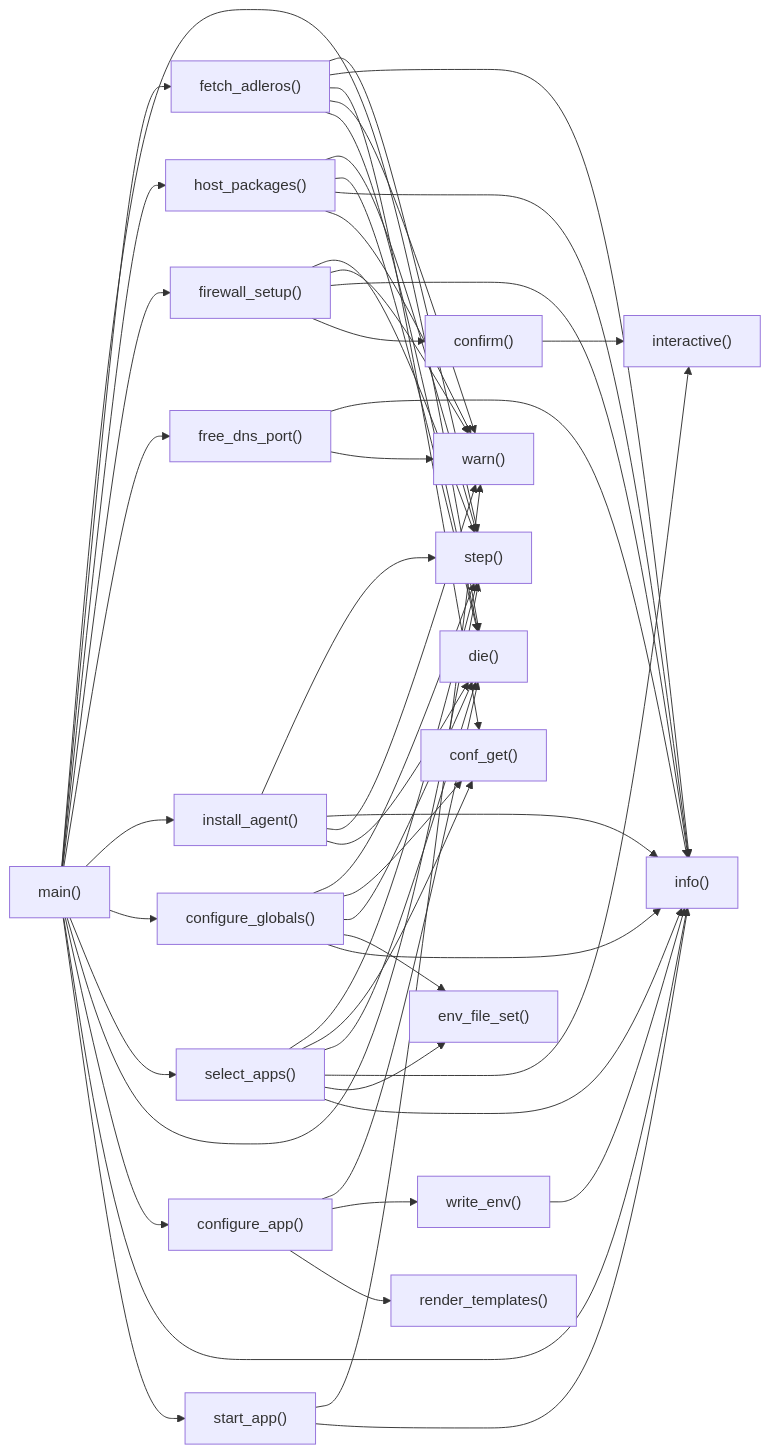
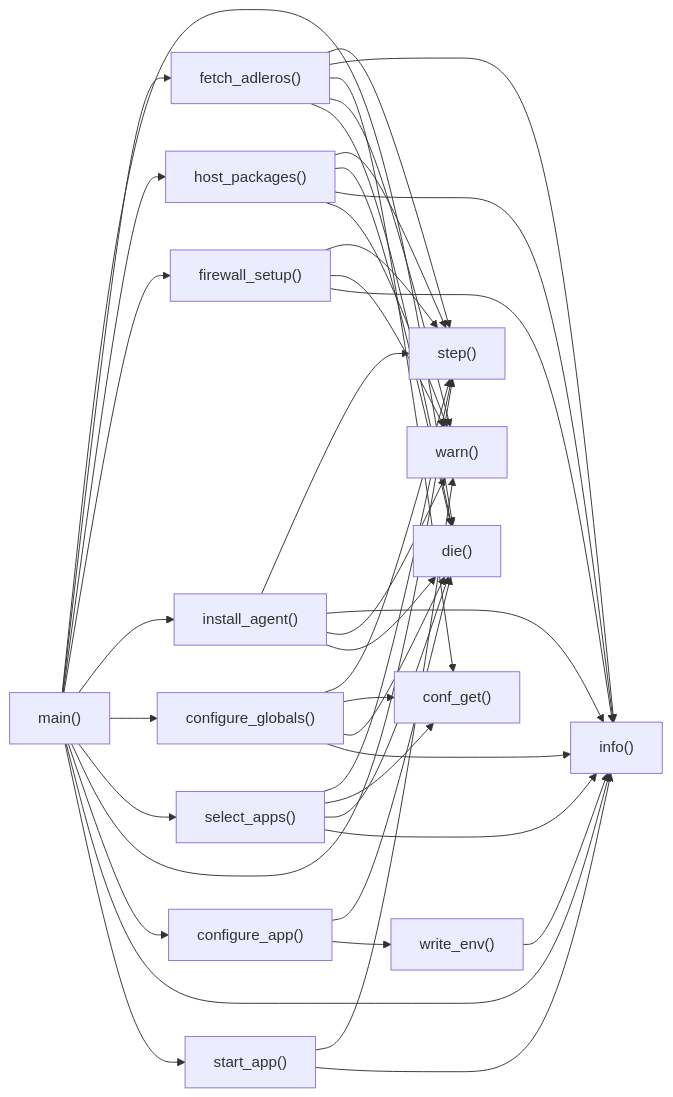
One commit to spaceadler/homelab changed the second of 2 diagrams in CODEMAP.md. Above: the diagram before and after it, drawn with Mermaid. The commit also changed other lines of this file, not shown here.

Commit message:
docs: regenerate CODEMAP.md with the narrower layout

````diff
--- a/CODEMAP.md
+++ b/CODEMAP.md
@@ -44,72 +39,58 @@
 ```mermaid
 flowchart LR
     n_install_main["main()"]
     n_install_info["info()"]
     n_install_warn["warn()"]
     n_install_die["die()"]
     n_install_select_apps["select_apps()"]
     n_install_step["step()"]
     n_install_configure_app["configure_app()"]
     n_install_configure_globals["configure_globals()"]
     n_install_fetch_adleros["fetch_adleros()"]
     n_install_firewall_setup["firewall_setup()"]
     n_install_host_packages["host_packages()"]
     n_install_install_agent["install_agent()"]
     n_install_start_app["start_app()"]
     n_install_write_env["write_env()"]
     n_install_conf_get["conf_get()"]
-    n_install_confirm["confirm()"]
-    n_install_env_file_set["env_file_set()"]
-    n_install_free_dns_port["free_dns_port()"]
-    n_install_interactive["interactive()"]
-    n_install_render_templates["render_templates()"]
     n_install_main --> n_install_die
     n_install_main --> n_install_fetch_adleros
     n_install_main --> n_install_host_packages
     n_install_main --> n_install_firewall_setup
-    n_install_main --> n_install_free_dns_port
     n_install_main --> n_install_install_agent
     n_install_main --> n_install_configure_globals
     n_install_main --> n_install_select_apps
     n_install_main --> n_install_step
     n_install_main --> n_install_configure_app
     n_install_main --> n_install_info
     n_install_main --> n_install_start_app
     n_install_select_apps --> n_install_step
     n_install_select_apps --> n_install_conf_get
     n_install_select_apps --> n_install_die
-    n_install_select_apps --> n_install_interactive
-    n_install_select_apps --> n_install_env_file_set
     n_install_select_apps --> n_install_info
     n_install_configure_app --> n_install_die
     n_install_configure_app --> n_install_write_env
-    n_install_configure_app --> n_install_render_templates
     n_install_configure_globals --> n_install_step
     n_install_configure_globals --> n_install_conf_get
     n_install_configure_globals --> n_install_die
-    n_install_configure_globals --> n_install_env_file_set
     n_install_configure_globals --> n_install_info
     n_install_fetch_adleros --> n_install_step
     n_install_fetch_adleros --> n_install_info
     n_install_fetch_adleros --> n_install_conf_get
     n_install_fetch_adleros --> n_install_warn
     n_install_fetch_adleros --> n_install_die
     n_install_firewall_setup --> n_install_step
     n_install_firewall_setup --> n_install_warn
     n_install_firewall_setup --> n_install_info
-    n_install_firewall_setup --> n_install_confirm
     n_install_host_packages --> n_install_step
     n_install_host_packages --> n_install_die
     n_install_host_packages --> n_install_info
     n_install_host_packages --> n_install_warn
     n_install_install_agent --> n_install_step
     n_install_install_agent --> n_install_info
     n_install_install_agent --> n_install_warn
     n_install_install_agent --> n_install_die
     n_install_start_app --> n_install_warn
     n_install_start_app --> n_install_info
     n_install_write_env --> n_install_info
-    n_install_confirm --> n_install_interactive
-    n_install_free_dns_port --> n_install_info
-    n_install_free_dns_port --> n_install_warn
 ```
````
